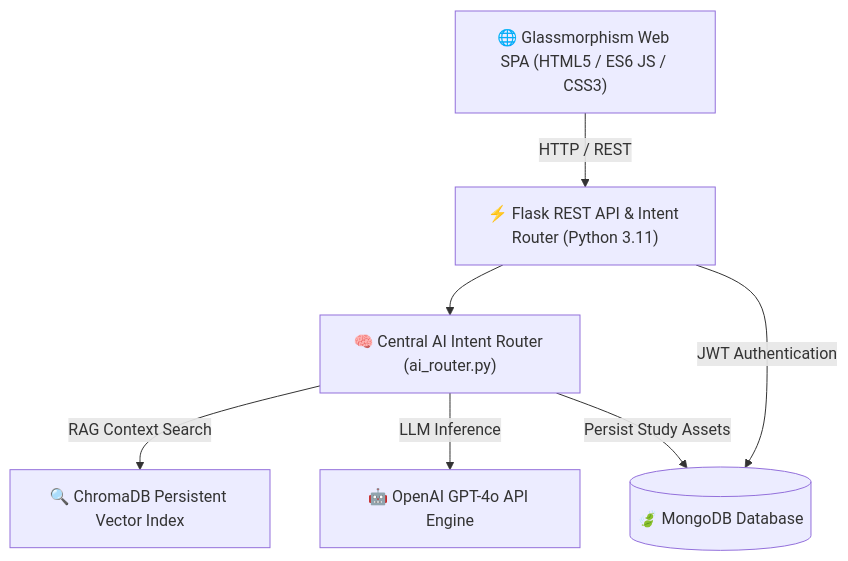
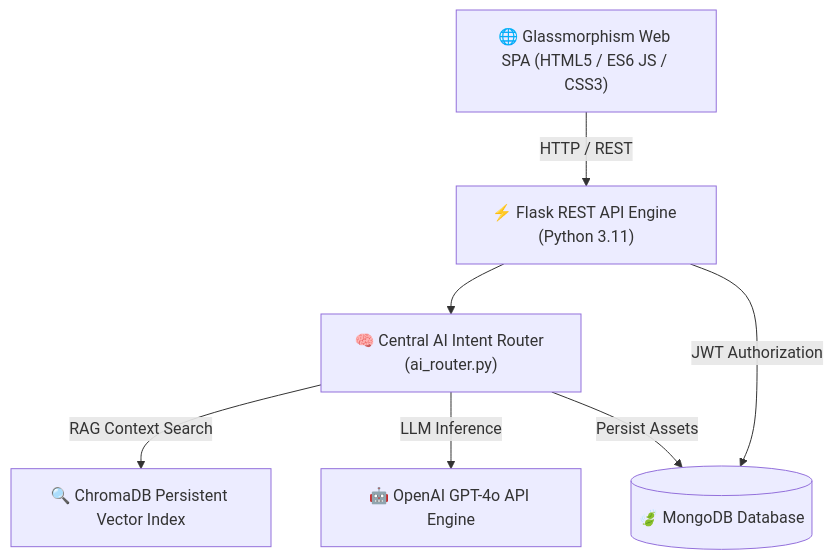
One commit to ANHADKN/NOTE_X_AI changed the first of 2 diagrams in README.md. Above: the diagram before and after it, drawn with Mermaid. The commit also changed other lines of this file, not shown here.

Commit message:
docs: update README with repository links and diagrams

````diff
--- a/README.md
+++ b/README.md
@@ -15,16 +49,16 @@
 ```mermaid
 graph TD
     Client["🌐 Glassmorphism Web SPA (HTML5 / ES6 JS / CSS3)"]
-    API["⚡ Flask REST API & Intent Router (Python 3.11)"]
+    API["⚡ Flask REST API Engine (Python 3.11)"]
     AIRouter["🧠 Central AI Intent Router (ai_router.py)"]
     OpenAI["🤖 OpenAI GPT-4o API Engine"]
     Chroma["🔍 ChromaDB Persistent Vector Index"]
     Mongo[("🍃 MongoDB Database")]
 
     Client -->|HTTP / REST| API
     API --> AIRouter
     AIRouter -->|RAG Context Search| Chroma
     AIRouter -->|LLM Inference| OpenAI
-    AIRouter -->|Persist Study Assets| Mongo
-    API -->|JWT Authentication| Mongo
+    AIRouter -->|Persist Assets| Mongo
+    API -->|JWT Authorization| Mongo
 ```
````
